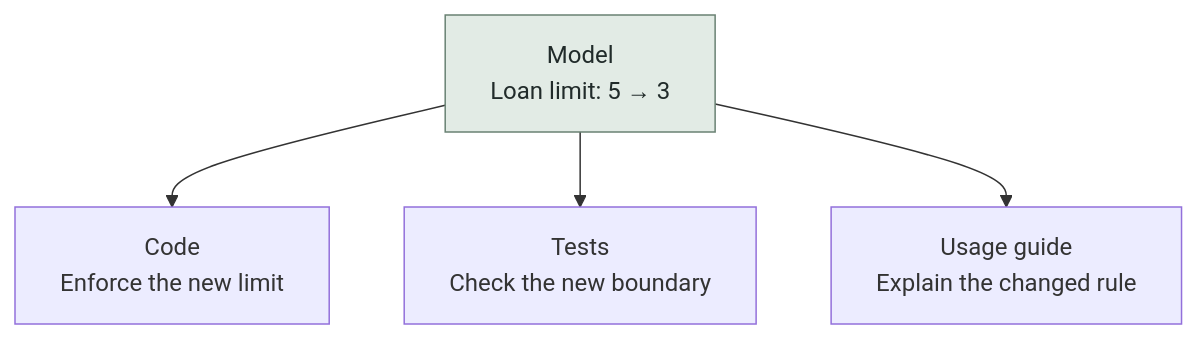
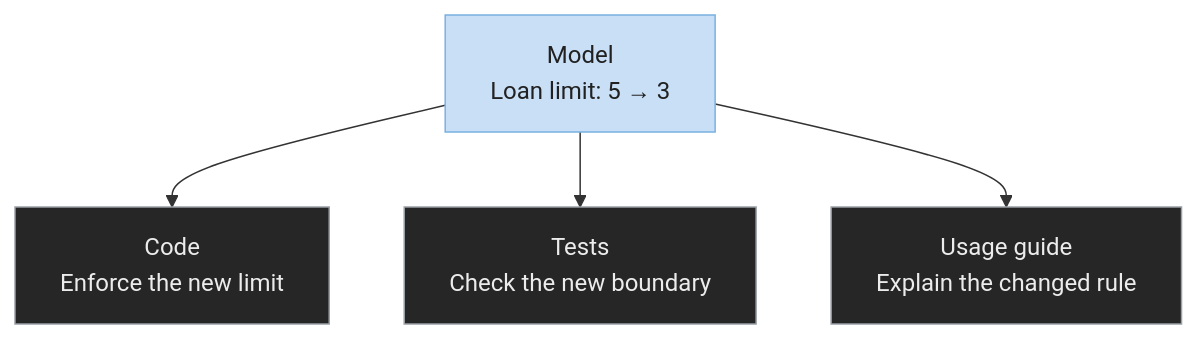
Before and after one commit to Glacius-Labs/Markitect: the diagram in README.md, drawn with Mermaid. The commit also changed 1 other file, not shown here.

Commit message:
docs: bring marketing visuals toward ice blue and anthracite

````diff
--- a/README.md
+++ b/README.md
@@ -48,10 +48,12 @@
 ```mermaid
 flowchart TB
     accTitle: One model change across the project
     accDescr: Planned realization of a library policy change. Changing the loan limit from five to three in the model updates the implementation, boundary tests and usage guide. Existing rules still apply.
     model["Model<br/>Loan limit: 5 → 3"] --> code["Code<br/>Enforce the new limit"]
     model --> tests["Tests<br/>Check the new boundary"]
     model --> guide["Usage guide<br/>Explain the changed rule"]
-    classDef intent fill:#e2ebe5,stroke:#698173,color:#212b2a
+    classDef intent fill:#c9dff6,stroke:#7ab1e0,color:#212121
+    classDef realization fill:#262626,stroke:#9aa0a6,color:#ececec
     class model intent
+    class code,tests,guide realization
 ```
````
